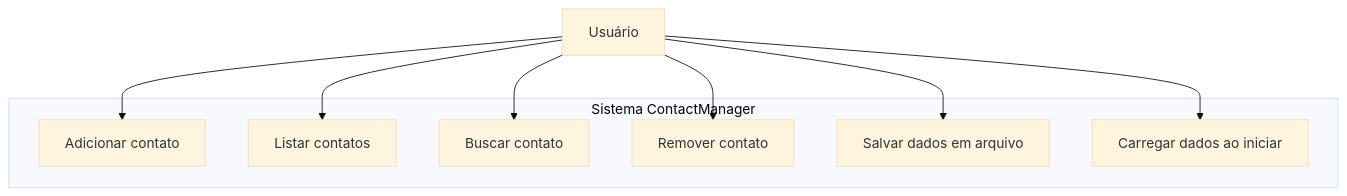
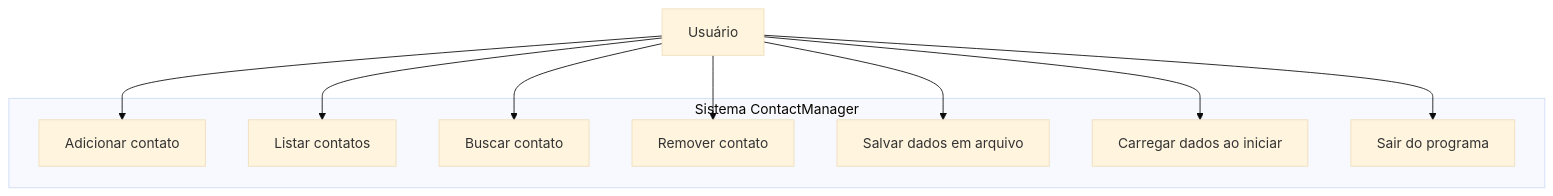
Before and after one commit to m-axl/ContactManager: the diagram in docs/casos-de-uso.md, drawn with Mermaid (base theme). The commit also changed other lines of this file and 15 other files, not shown here.

Commit message:
DOCS: reorganize documentation, update project structure, and add MVP diagram

````diff
--- a/docs/casos-de-uso.md
+++ b/docs/casos-de-uso.md
@@ -7,19 +7,21 @@
 ```mermaid
 flowchart TB
     actor[Usuário]
     subgraph Sistema ContactManager
       A[Adicionar contato]
       B[Listar contatos]
       C[Buscar contato]
       D[Remover contato]
       E[Salvar dados em arquivo]
       F[Carregar dados ao iniciar]
+      G[Sair do programa]
     end
 
     actor --> A
     actor --> B
     actor --> C
     actor --> D
     actor --> E
     actor --> F
+    actor --> G
 ```
````
